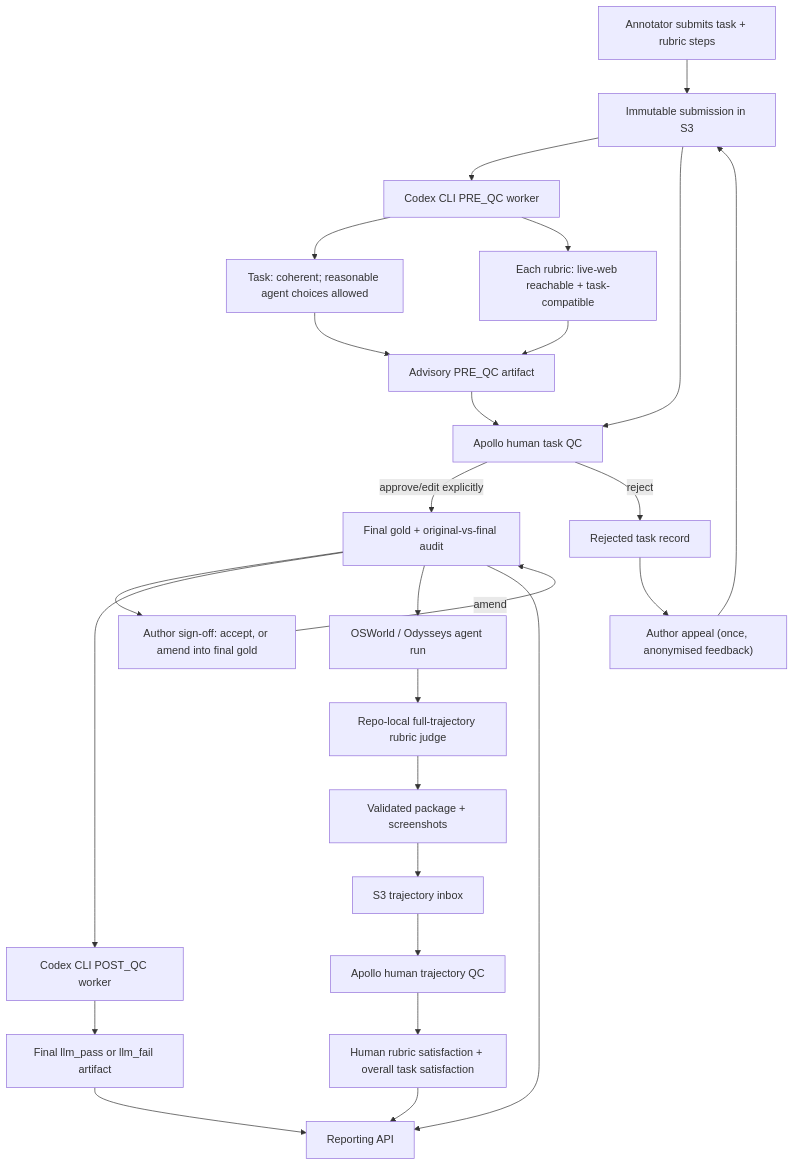
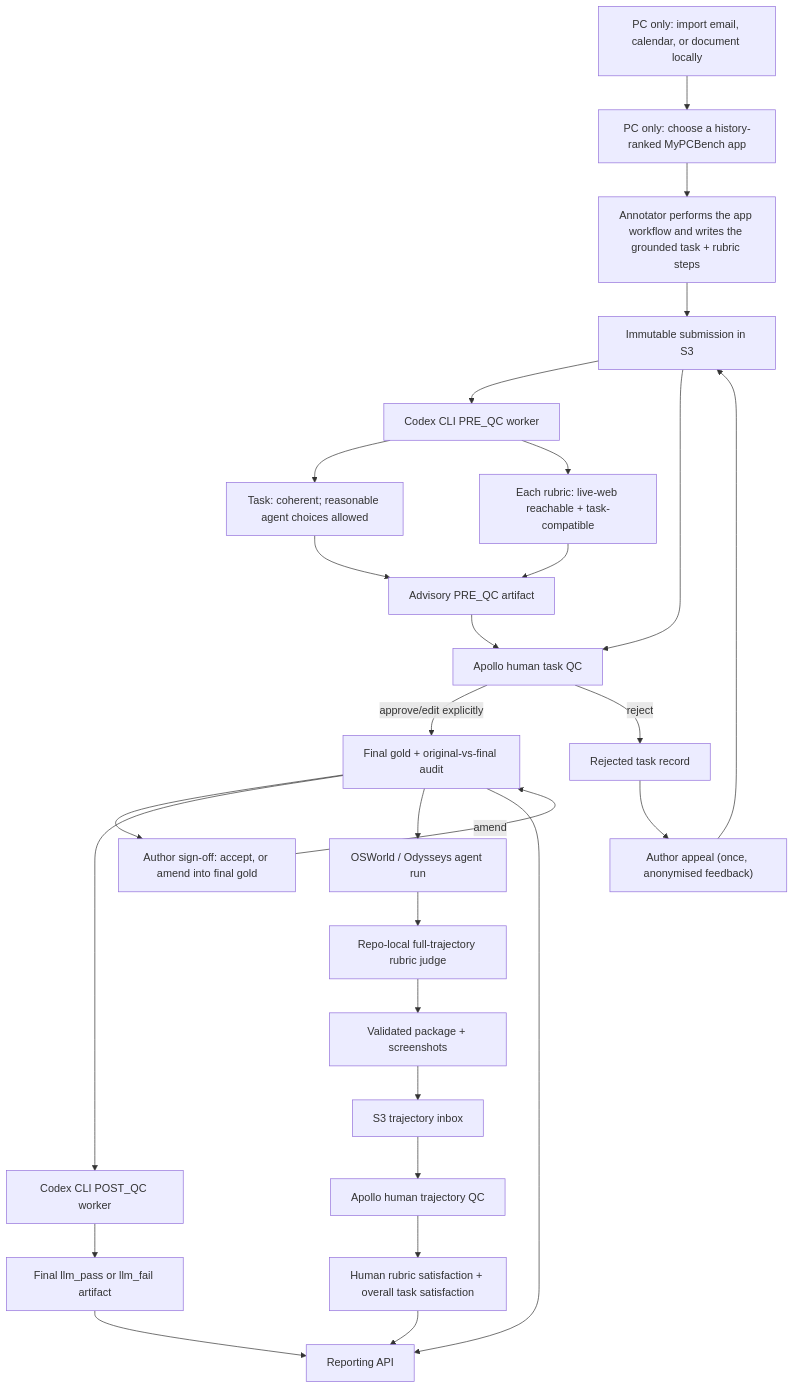
The diagram in docs/APOLLO_FLOW.md (superintelligentagents/apollo-platform), drawn with Mermaid before and after one commit. The commit also changed other lines of this file and 83 other files, not shown here.

````diff
--- a/docs/APOLLO_FLOW.md
+++ b/docs/APOLLO_FLOW.md
@@ -7,28 +7,30 @@
 ```mermaid
 flowchart TD
-    A["Annotator submits task + rubric steps"] --> B["Immutable submission in S3"]
+    P["PC only: import email, calendar, or document locally"] --> Q["PC only: choose a history-ranked MyPCBench app"]
+    Q --> A["Annotator performs the app workflow and writes the grounded task + rubric steps"]
+    A --> B["Immutable submission in S3"]
     B --> C["Codex CLI PRE_QC worker"]
     C --> C1["Task: coherent; reasonable agent choices allowed"]
     C --> C2["Each rubric: live-web reachable + task-compatible"]
     C1 --> D["Advisory PRE_QC artifact"]
     C2 --> D
     D --> E["Apollo human task QC"]
     B --> E
     E -->|"approve/edit explicitly"| F["Final gold + original-vs-final audit"]
     E -->|"reject"| R["Rejected task record"]
     F --> S["Author sign-off: accept, or amend into final gold"]
     S -->|"amend"| F
     R --> AP["Author appeal (once, anonymised feedback)"]
     AP --> B
     F --> G["Codex CLI POST_QC worker"]
     G --> H["Final llm_pass or llm_fail artifact"]
     F --> I["OSWorld / Odysseys agent run"]
     I --> J["Repo-local full-trajectory rubric judge"]
     J --> K["Validated package + screenshots"]
     K --> L["S3 trajectory inbox"]
     L --> M["Apollo human trajectory QC"]
     M --> N["Human rubric satisfaction + overall task satisfaction"]
     N --> O["Reporting API"]
     H --> O
     F --> O
 ```
````
